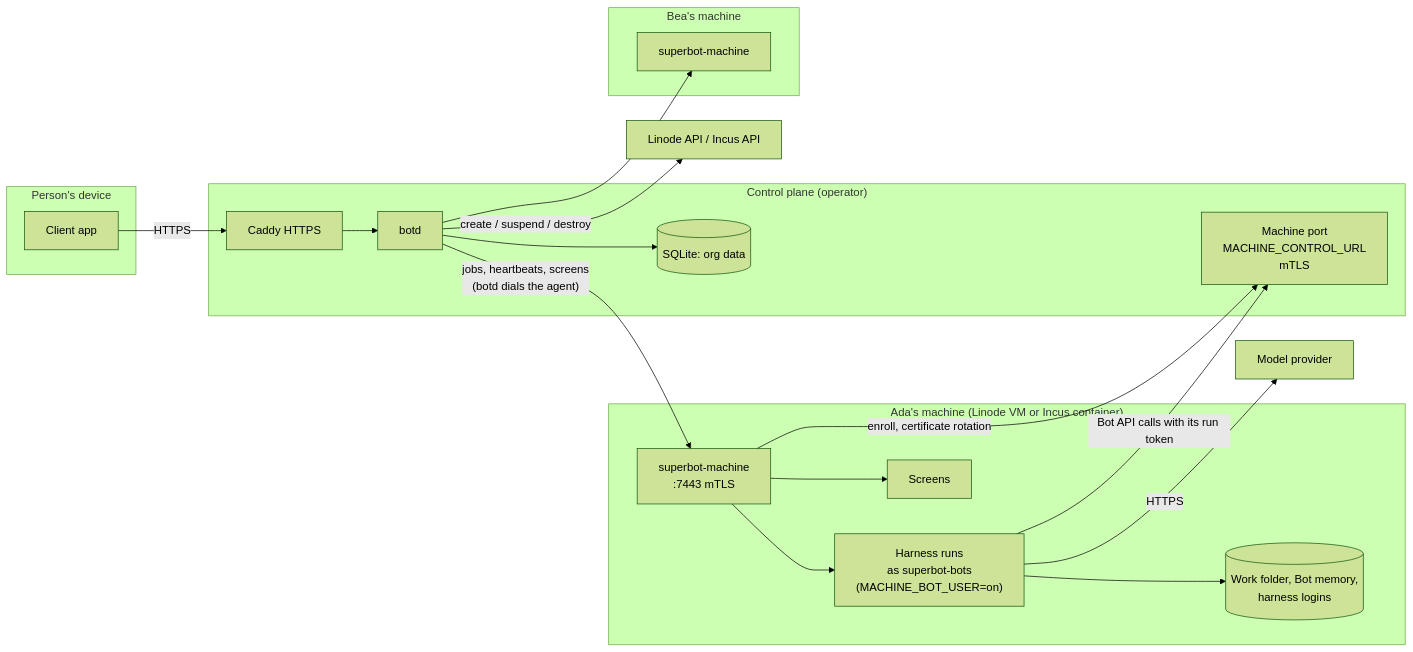
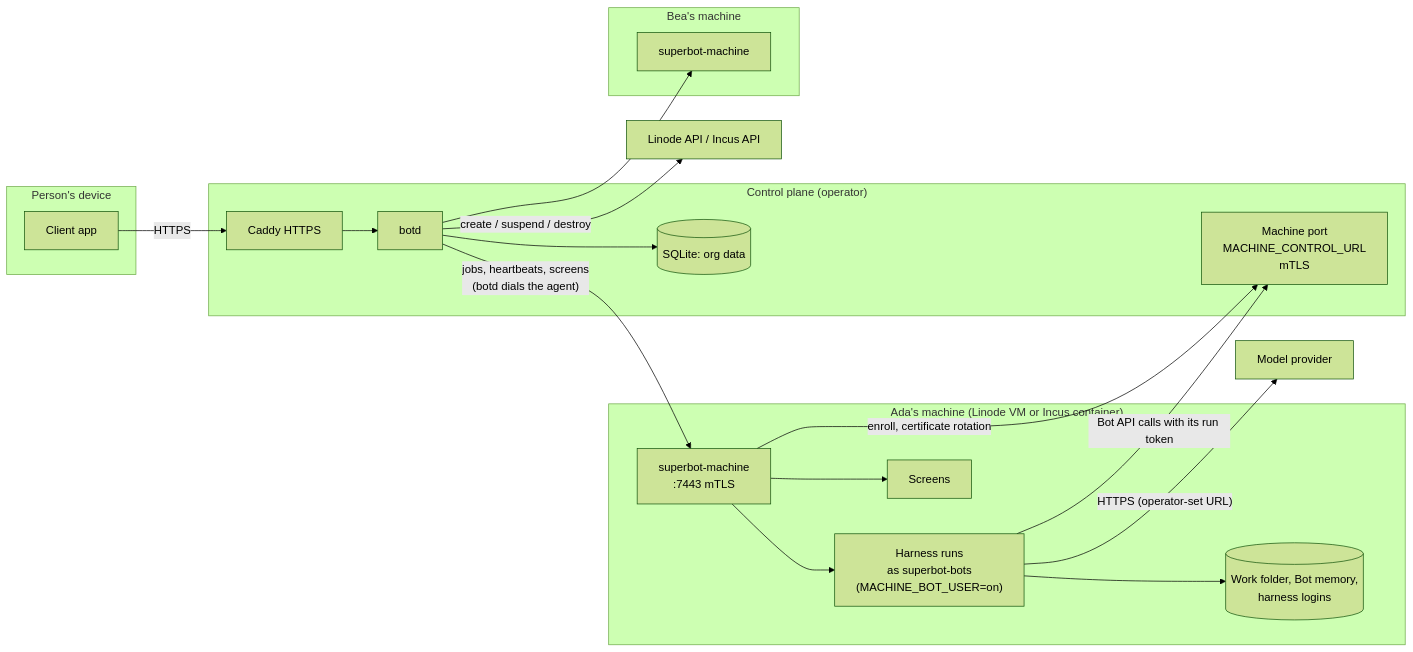
Before and after one commit to CG-Labs/superbot: the second of 3 diagrams in docs/security/architecture.md, drawn with Mermaid (forest theme). The commit also changed other lines of this file and 2 other files, not shown here.

Commit message:
docs(security): model provider URLs may be plain HTTP if the operator sets them so (#41)

````diff
--- a/docs/security/architecture.md
+++ b/docs/security/architecture.md
@@ -58,32 +58,32 @@
 ```mermaid
 flowchart LR
   subgraph Device["Person's device"]
     App["Client app"]
   end
   subgraph CP["Control plane (operator)"]
     Caddy["Caddy HTTPS"]
     Botd["botd"]
     DB[("SQLite: org data")]
     MPort["Machine port<br/>MACHINE_CONTROL_URL<br/>mTLS"]
   end
   subgraph MA["Ada's machine (Linode VM or Incus container)"]
     AgentA["superbot-machine<br/>:7443 mTLS"]
     HA["Harness runs<br/>as superbot-bots<br/>(MACHINE_BOT_USER=on)"]
     DA[("Work folder, Bot memory,<br/>harness logins")]
     SA["Screens"]
   end
   subgraph MB["Bea's machine"]
     AgentB["superbot-machine"]
   end
   Prov["Linode API / Incus API"]
   Model["Model provider"]
   App -- "HTTPS" --> Caddy --> Botd --> DB
   Botd -- "create / suspend / destroy" --> Prov
   Botd -- "jobs, heartbeats, screens<br/>(botd dials the agent)" --> AgentA
   AgentA -- "enroll, certificate rotation" --> MPort
   HA -- "Bot API calls with its run token" --> MPort
   AgentA --> HA --> DA
-  HA -- "HTTPS" --> Model
+  HA -- "HTTPS (operator-set URL)" --> Model
   AgentA --> SA
   Botd --> AgentB
 ```
````
